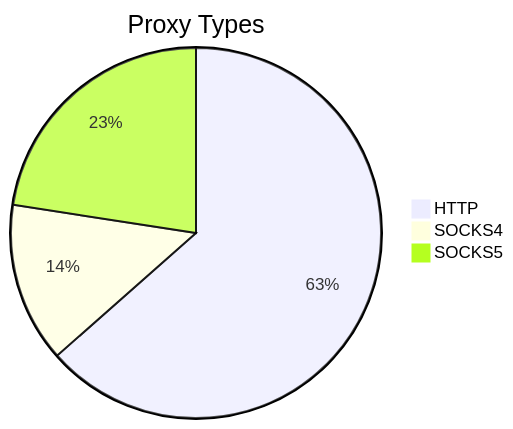
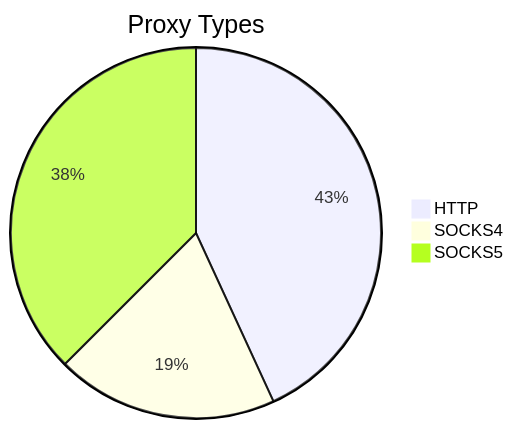
The first of 2 diagrams in README.md (stormsia/proxy-list), drawn with Mermaid before and after one commit. The commit also changed other lines of this file, not shown here.

````diff
--- a/README.md
+++ b/README.md
@@ -21,6 +21,6 @@
 ```mermaid
 pie title Proxy Types
-    "HTTP" : 273
-    "SOCKS4" : 60
-    "SOCKS5" : 97
+    "HTTP" : 176
+    "SOCKS4" : 79
+    "SOCKS5" : 153
 ```
````
